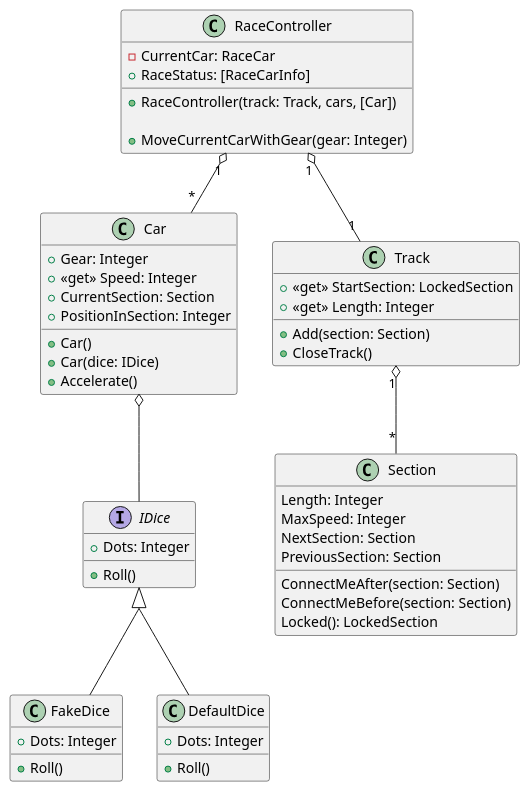
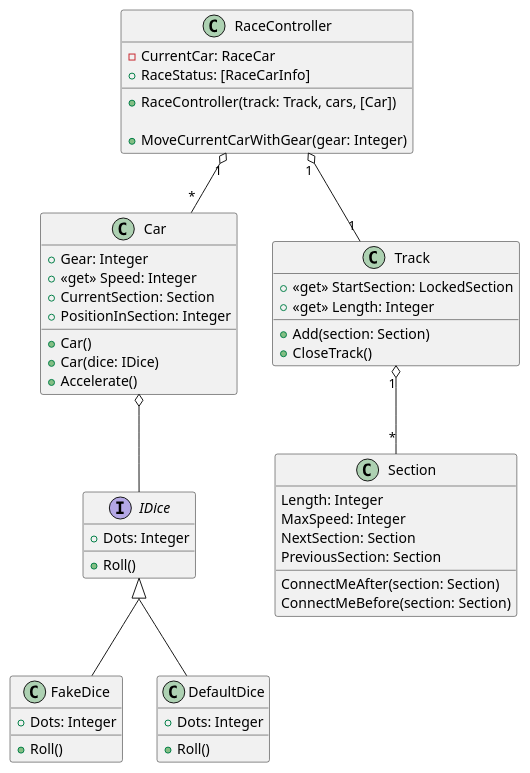
Before and after one commit to htl-leo-syp-project-organization/if.05.61_00-class-materials: the first of 2 diagrams in Units/UnitTesting/CarRace/Readme.md, drawn with PlantUML.

Commit message:
Removed method from section

````diff
--- a/Units/UnitTesting/CarRace/Readme.md
+++ b/Units/UnitTesting/CarRace/Readme.md
@@ -4,65 +4,64 @@
 ```plantuml
 @startuml
 skinparam groupInheritance 2
 
 interface IDice {
     + Dots: Integer 
     + Roll()
 }
 
 class FakeDice {
     + Dots: Integer 
     + Roll()
 }
 
 class DefaultDice {
     + Dots: Integer 
     + Roll()
 }
 
 IDice <|-- FakeDice
 IDice <|-- DefaultDice
 
 class Car {
     + Gear: Integer
     + <<get>> Speed: Integer
     + CurrentSection: Section
     + PositionInSection: Integer
 
     + Car()
     + Car(dice: IDice)
     + Accelerate()
 }
 Car o-- IDice
 
 class Section {
     Length: Integer
     MaxSpeed: Integer
     NextSection: Section
     PreviousSection: Section
     ConnectMeAfter(section: Section)
     ConnectMeBefore(section: Section)
-    Locked(): LockedSection
 }
 
 class Track {
     + <<get>> StartSection: LockedSection
     + <<get>> Length: Integer
 
     + Add(section: Section)
     + CloseTrack()
 }
 Track "1" o-- "*" Section
 
 class RaceController {
     - CurrentCar: RaceCar
     + RaceStatus: [RaceCarInfo]
 
     + RaceController(track: Track, cars, [Car])
 
     + MoveCurrentCarWithGear(gear: Integer)
 }
 RaceController "1" o-- "*" Car
 RaceController "1" o-- "1" Track
 @enduml
 ```
````
